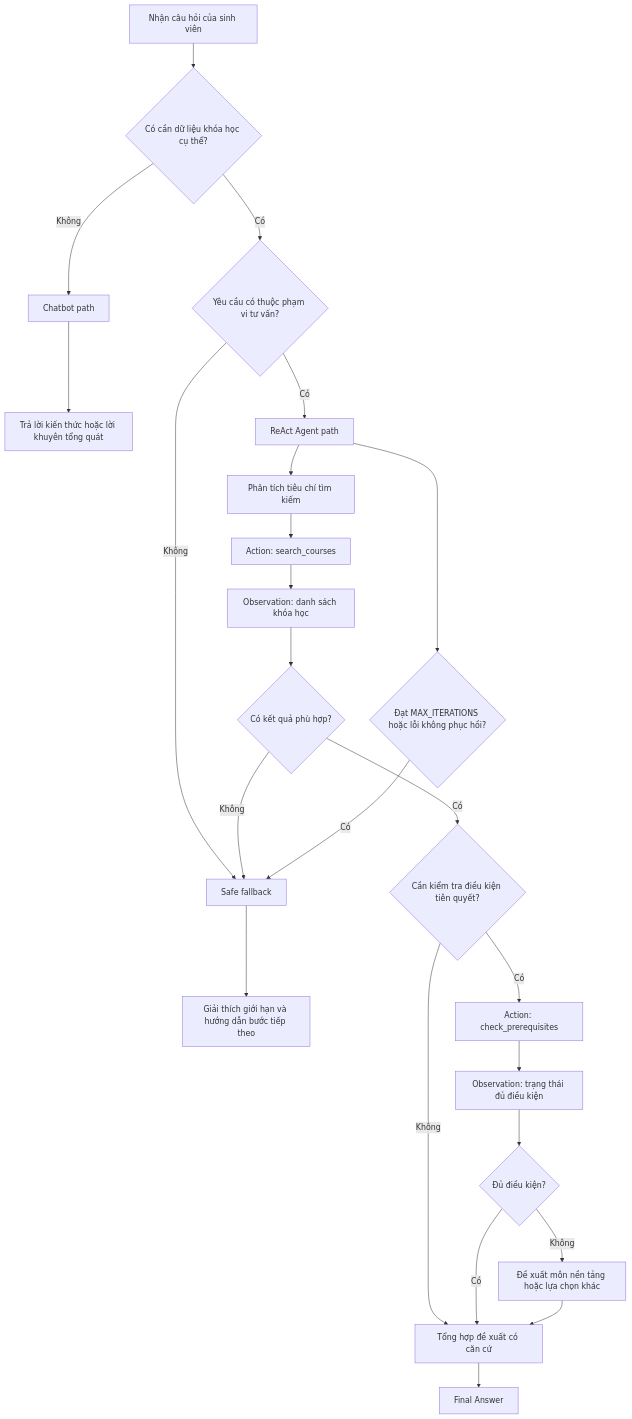
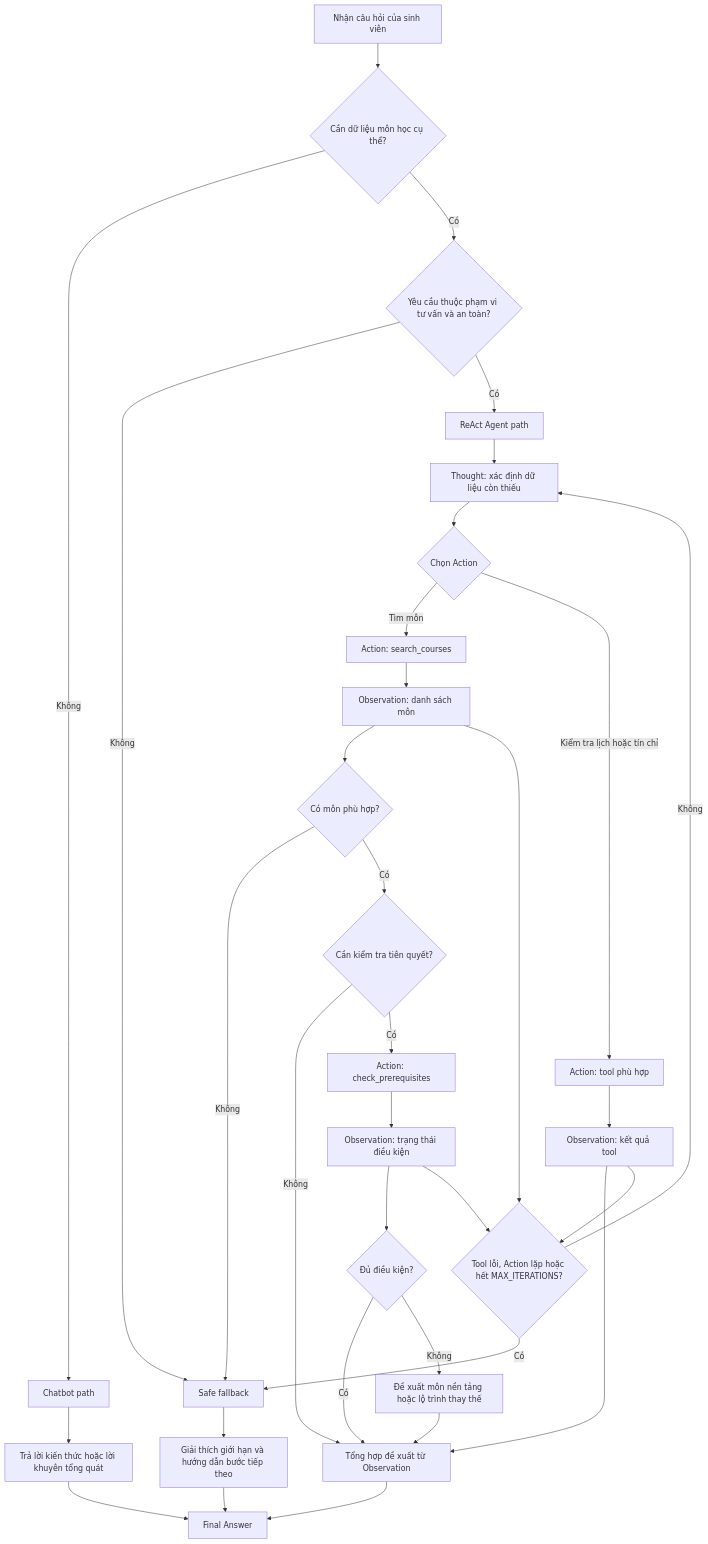
Before and after one commit to BiandMix/Day-3-Lab-Chatbot-vs-react-agent-E402: the diagram in docs/hybrid_flowchart.mermaid, drawn with Mermaid.

Commit message:
Moc 4: Hybrid Flowchart

```diff
--- a/docs/hybrid_flowchart.mermaid
+++ b/docs/hybrid_flowchart.mermaid
@@ -1,24 +1,41 @@
 flowchart TD
-    A[Nhận câu hỏi của sinh viên] --> B{Có cần dữ liệu khóa học cụ thể?}
+    A[Nhận câu hỏi của sinh viên] --> B{Cần dữ liệu môn học cụ thể?}
+
     B -- Không --> C[Chatbot path]
     C --> D[Trả lời kiến thức hoặc lời khuyên tổng quát]
-    B -- Có --> E{Yêu cầu có thuộc phạm vi tư vấn?}
+    D --> Z[Final Answer]
+
+    B -- Có --> E{Yêu cầu thuộc phạm vi tư vấn và an toàn?}
     E -- Không --> F[Safe fallback]
     F --> G[Giải thích giới hạn và hướng dẫn bước tiếp theo]
+    G --> Z
+
     E -- Có --> H[ReAct Agent path]
-    H --> I[Phân tích tiêu chí tìm kiếm]
-    I --> J[Action: search_courses]
-    J --> K[Observation: danh sách khóa học]
-    K --> L{Có kết quả phù hợp?}
-    L -- Không --> F
-    L -- Có --> M{Cần kiểm tra điều kiện tiên quyết?}
-    M -- Không --> N[Tổng hợp đề xuất có căn cứ]
-    M -- Có --> O[Action: check_prerequisites]
-    O --> P[Observation: trạng thái đủ điều kiện]
-    P --> Q{Đủ điều kiện?}
-    Q -- Có --> N
-    Q -- Không --> R[Đề xuất môn nền tảng hoặc lựa chọn khác]
-    R --> N
-    N --> S[Final Answer]
-    H --> T{Đạt MAX_ITERATIONS hoặc lỗi không phục hồi?}
-    T -- Có --> F
+    H --> I[Thought: xác định dữ liệu còn thiếu]
+    I --> J{Chọn Action}
+
+    J -- Tìm môn --> K[Action: search_courses]
+    K --> L[Observation: danh sách môn]
+    L --> M{Có môn phù hợp?}
+    M -- Không --> F
+    M -- Có --> N{Cần kiểm tra tiên quyết?}
+
+    N -- Không --> O[Tổng hợp đề xuất từ Observation]
+    N -- Có --> P[Action: check_prerequisites]
+    P --> Q[Observation: trạng thái điều kiện]
+    Q --> R{Đủ điều kiện?}
+    R -- Có --> O
+    R -- Không --> S[Đề xuất môn nền tảng hoặc lộ trình thay thế]
+    S --> O
+
+    J -- Kiểm tra lịch hoặc tín chỉ --> T[Action: tool phù hợp]
+    T --> U[Observation: kết quả tool]
+    U --> O
+
+    O --> Z
+
+    L --> V{Tool lỗi, Action lặp hoặc hết MAX_ITERATIONS?}
+    Q --> V
+    U --> V
+    V -- Có --> F
+    V -- Không --> I
```
